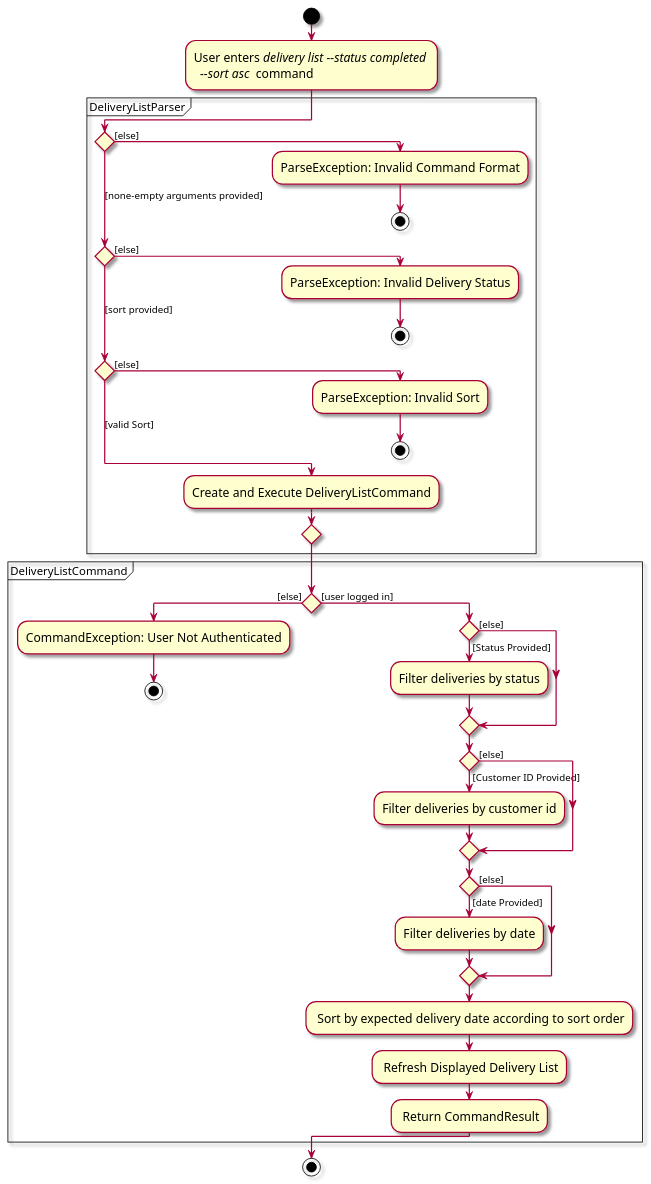
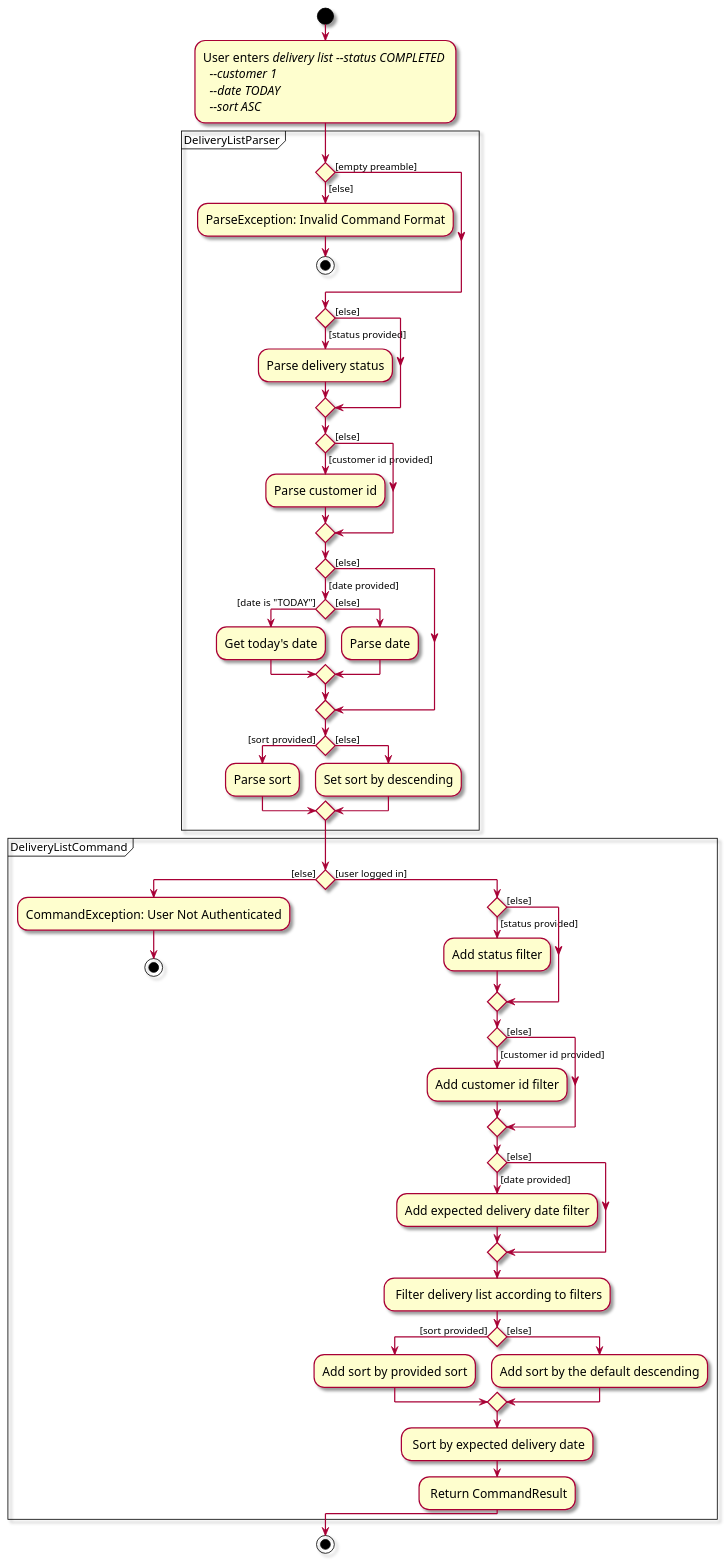
The diagram in docs/diagrams/implementation/delivery/DeliveryListActivityDiagram.puml (zhonghan721/tp), drawn with PlantUML before and after one commit. The commit also changed 4 other files, not shown here.

Commit message:
Update DeliveryList and DeliveryView

```diff
--- a/docs/diagrams/implementation/delivery/DeliveryListActivityDiagram.puml
+++ b/docs/diagrams/implementation/delivery/DeliveryListActivityDiagram.puml
@@ -1,53 +1,82 @@
 @startuml
 skin rose
 skinparam ActivityFontSize 15
 skinparam ArrowFontSize 12
 
 !pragma useVerticalIf on
 start
-:User enters <i>delivery list --status completed \n <i> --sort asc </i> command;
+:User enters <i>delivery list --status COMPLETED \n <i> --customer 1</i> \n <i> --date TODAY </i> \n <i> --sort ASC </i>;
 partition DeliveryListParser {
     if () then ([else])
         :ParseException: Invalid Command Format;
         stop
-    ([none-empty arguments provided]) elseif () then ([else])
-        :ParseException: Invalid Delivery Status;
-        stop
-    ([sort provided]) elseif () then ([else])
-        :ParseException: Invalid Sort;
-        stop
-    else ([valid Sort])
-        :Create and Execute DeliveryListCommand;
+        else ([empty preamble])
         endif
+
+       if () then ([status provided])
+           :Parse delivery status;
+       else ([else])
+       endif
+
+       if () then ([customer id provided])
+           :Parse customer id;
+
+       else ([else])
+       endif
+
+       if () then ([date provided])
+
+           if () then ([date is "TODAY"])
+               :Get today's date;
+
+           else ([else])
+            :Parse date;
+           endif
+
+       else ([else])
+        endif
+
+          if () then ([sort provided])
+                   :Parse sort;
+
+               else ([else])
+               :Set sort by descending;
+               endif
+
 }
 
 partition DeliveryListCommand {
     if () then ([else])
         :CommandException: User Not Authenticated;
         stop
     else ([user logged in])
 
-    if () then ([Status Provided])
-        :Filter deliveries by status;
+    if () then ([status provided])
+        :Add status filter;
     else ([else])
     endif
 
-    if () then ([Customer ID Provided])
-        :Filter deliveries by customer id;
+    if () then ([customer id provided])
+        :Add customer id filter;
     else ([else])
     endif
 
-    if () then ([date Provided])
-        :Filter deliveries by date;
+    if () then ([date provided])
+        :Add expected delivery date filter;
     else ([else])
     endif
-        : Sort by expected delivery date according to sort order;
-        : Refresh Displayed Delivery List;
+        : Filter delivery list according to filters;
+     if () then ([sort provided])
+            :Add sort by provided sort;
+        else ([else])
+        :Add sort by the default descending;
+        endif
+        : Sort by expected delivery date;
         : Return CommandResult;
     endif
 
 }
 
 stop
 
 @enduml
```
